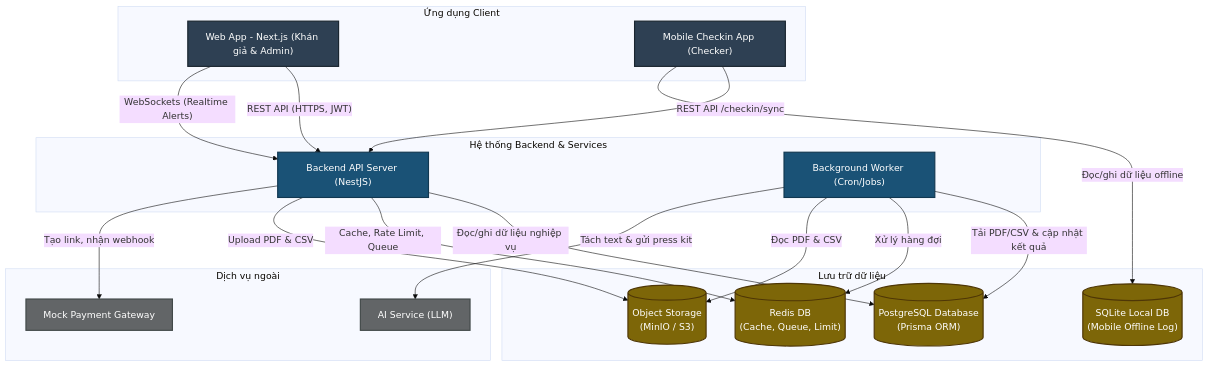
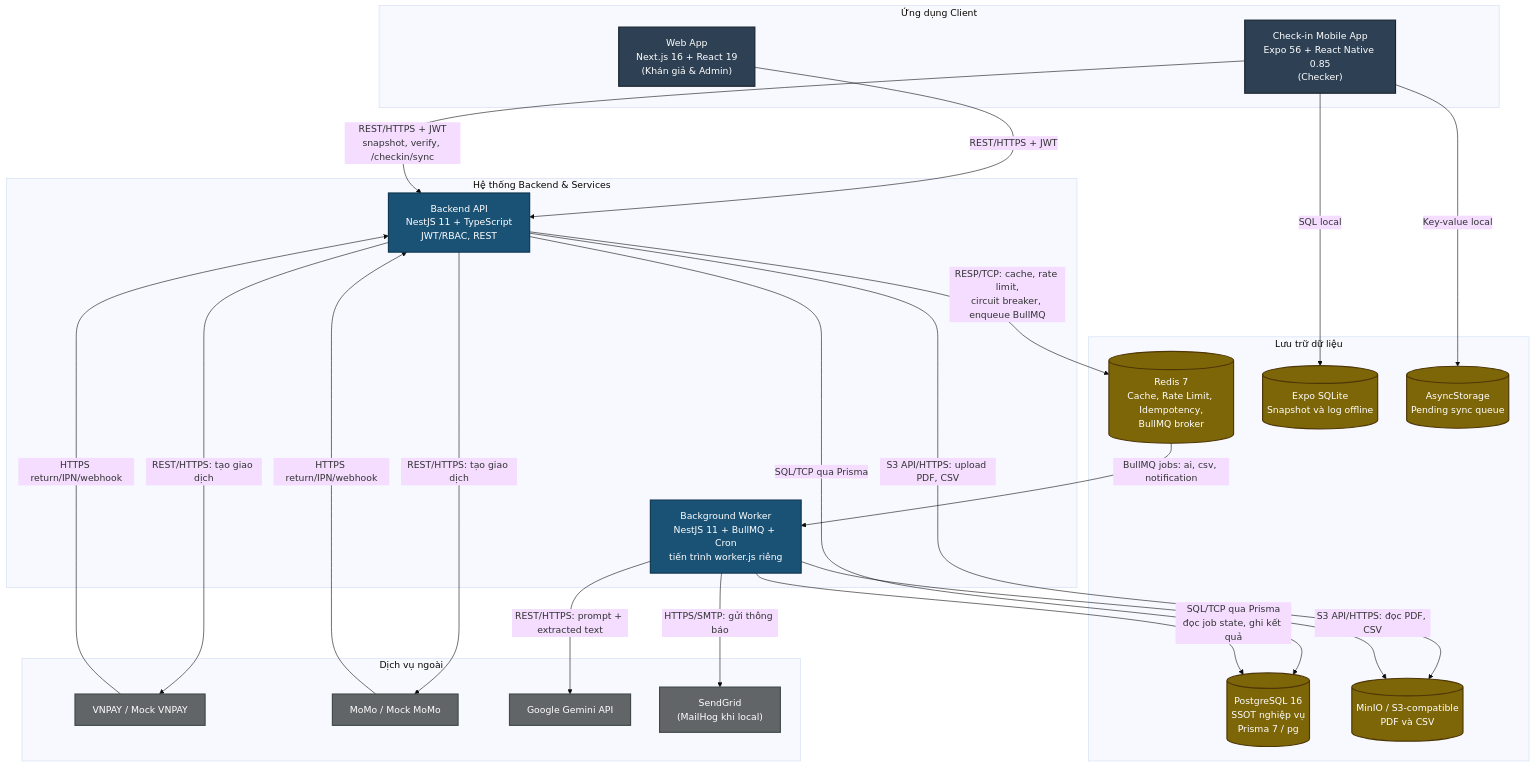
The second of 4 diagrams in blueprint/design.md (pogdepZ/TicketBox), drawn with Mermaid (base theme) before and after one commit. The commit also changed other lines of this file, not shown here.

````diff
--- a/blueprint/design.md
+++ b/blueprint/design.md
@@ -62,51 +75,58 @@
 ```mermaid
 graph TB
     subgraph Clients ["Ứng dụng Client"]
-        FEApp["Web App - Next.js (Khán giả & Admin)"]
-        MobileApp["Mobile Checkin App (Checker)"]
+        FEApp["Web App<br/>Next.js 16 + React 19<br/>(Khán giả & Admin)"]
+        MobileApp["Check-in Mobile App<br/>Expo 56 + React Native 0.85<br/>(Checker)"]
     end
 
     subgraph TicketBoxService ["Hệ thống Backend & Services"]
-        APIServer["Backend API Server (NestJS)"]
-        BackgroundWorker["Background Worker (Cron/Jobs)"]
+        APIServer["Backend API<br/>NestJS 11 + TypeScript<br/>JWT/RBAC, REST"]
+        BackgroundWorker["Background Worker<br/>NestJS 11 + BullMQ + Cron<br/>tiến trình worker.js riêng"]
     end
 
     subgraph Storage ["Lưu trữ dữ liệu"]
-        PostgresDB[("PostgreSQL Database\n(Prisma ORM)")]
-        RedisDB[("Redis DB\n(Cache, Queue, Limit)")]
-        SQLiteDB[("SQLite Local DB\n(Mobile Offline Log)")]
-        ObjectStorage[("Object Storage\n(MinIO / S3)")]
+        PostgresDB[("PostgreSQL 16<br/>SSOT nghiệp vụ<br/>Prisma 7 / pg")]
+        RedisDB[("Redis 7<br/>Cache, Rate Limit, Idempotency,<br/>BullMQ broker")]
+        SQLiteDB[("Expo SQLite<br/>Snapshot và log offline")]
+        AsyncStorage[("AsyncStorage<br/>Pending sync queue")]
+        ObjectStorage[("MinIO / S3-compatible<br/>PDF và CSV")]
     end
 
     subgraph Ext ["Dịch vụ ngoài"]
-        MockPay["Mock Payment Gateway"]
-        LLM["AI Service (LLM)"]
+        VNPAY["VNPAY / Mock VNPAY"]
+        MoMo["MoMo / Mock MoMo"]
+        LLM["Google Gemini API"]
+        Email["SendGrid<br/>(MailHog khi local)"]
     end
 
     %% Giao tiếp của Client
-    FEApp -->|"REST API (HTTPS, JWT)"| APIServer
-    FEApp -->|"WebSockets (Realtime Alerts)"| APIServer
-    MobileApp -->|"REST API /checkin/sync"| APIServer
-    MobileApp -->|"Đọc/ghi dữ liệu offline"| SQLiteDB
+    FEApp -->|"REST/HTTPS + JWT"| APIServer
+    MobileApp -->|"REST/HTTPS + JWT<br/>snapshot, verify, /checkin/sync"| APIServer
+    MobileApp -->|"SQL local"| SQLiteDB
+    MobileApp -->|"Key-value local"| AsyncStorage
 
     %% Giao tiếp của APIServer
-    APIServer -->|"Đọc/ghi dữ liệu nghiệp vụ"| PostgresDB
-    APIServer -->|"Cache, Rate Limit, Queue"| RedisDB
-    APIServer -->|"Upload PDF & CSV"| ObjectStorage
-    APIServer -->|"Tạo link, nhận webhook"| MockPay
+    APIServer -->|"SQL/TCP qua Prisma"| PostgresDB
+    APIServer -->|"RESP/TCP: cache, rate limit,<br/>circuit breaker, enqueue BullMQ"| RedisDB
+    APIServer -->|"S3 API/HTTPS: upload PDF, CSV"| ObjectStorage
+    APIServer -->|"REST/HTTPS: tạo giao dịch"| VNPAY
+    APIServer -->|"REST/HTTPS: tạo giao dịch"| MoMo
+    VNPAY -->|"HTTPS return/IPN/webhook"| APIServer
+    MoMo -->|"HTTPS return/IPN/webhook"| APIServer
 
     %% Giao tiếp của BackgroundWorker
-    BackgroundWorker -->|"Tải PDF/CSV & cập nhật kết quả"| PostgresDB
-    BackgroundWorker -->|"Xử lý hàng đợi"| RedisDB
-    BackgroundWorker -->|"Đọc PDF & CSV"| ObjectStorage
-    BackgroundWorker -->|"Tách text & gửi press kit"| LLM
+    RedisDB -->|"BullMQ jobs: ai, csv, notification"| BackgroundWorker
+    BackgroundWorker -->|"SQL/TCP qua Prisma<br/>đọc job state, ghi kết quả"| PostgresDB
+    BackgroundWorker -->|"S3 API/HTTPS: đọc PDF, CSV"| ObjectStorage
+    BackgroundWorker -->|"REST/HTTPS: prompt + extracted text"| LLM
+    BackgroundWorker -->|"HTTPS/SMTP: gửi thông báo"| Email
 
     classDef client fill:#2E4053,stroke:#1A252F,stroke-width:2px,color:#fff;
     classDef server fill:#1A5276,stroke:#113851,stroke-width:2px,color:#fff;
     classDef db fill:#7D6608,stroke:#4E3606,stroke-width:2px,color:#fff;
     classDef ext fill:#626567,stroke:#424949,stroke-width:2px,color:#fff;
     class FEApp,MobileApp client;
     class APIServer,BackgroundWorker server;
-    class PostgresDB,RedisDB,SQLiteDB,ObjectStorage db;
-    class MockPay,LLM ext;
+    class PostgresDB,RedisDB,SQLiteDB,AsyncStorage,ObjectStorage db;
+    class VNPAY,MoMo,LLM,Email ext;
 ```
````
